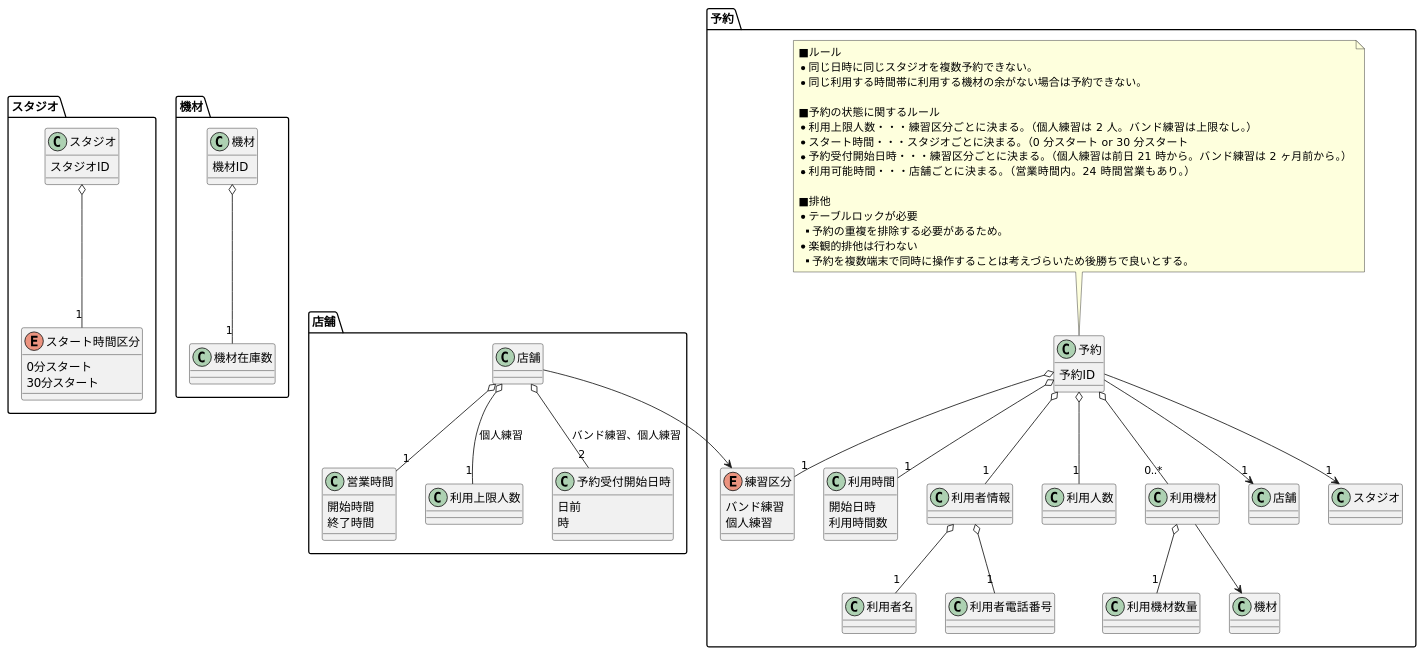
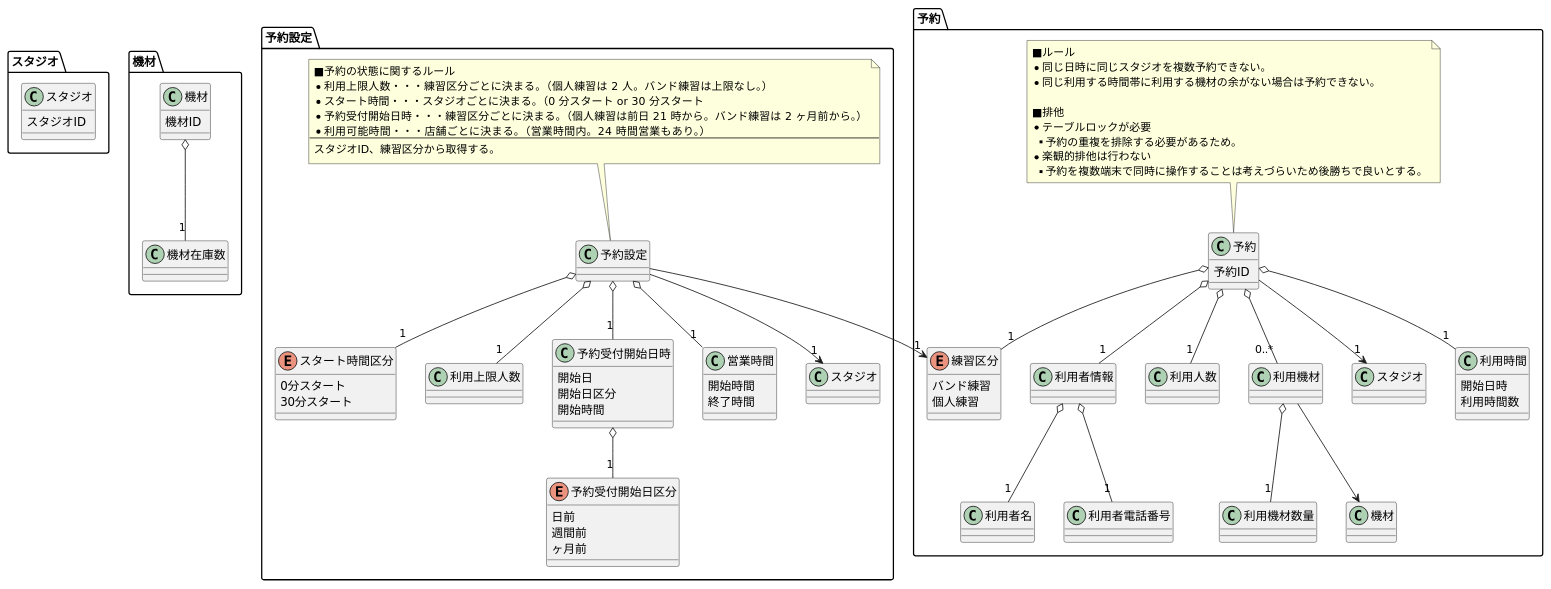
The diagram in modeling/07_DomainModel_予約.pu (TakashiOnawa/ddd-practice-studio-reservation), drawn with PlantUML before and after one commit. The commit also changed 48 other files, not shown here.

```diff
--- a/modeling/07_DomainModel_予約.pu
+++ b/modeling/07_DomainModel_予約.pu
@@ -1,102 +1,112 @@
 @startuml DomainModel
 
 package スタジオ {
     class スタジオ {
         スタジオID
     }
-
-    enum スタート時間区分 {
-        0分スタート
-        30分スタート
-    }
-
-    スタジオ o-- "1" スタート時間区分
 }
 
 package 機材 {
     class 機材 {
         機材ID
     }
 
     class 機材在庫数
 
     機材 o-- "1" 機材在庫数
 }
 
 package 予約 {
     class 予約 {
         予約ID
     }
 
     class 利用時間 {
         開始日時
         利用時間数
     }
 
     class 利用者情報
     class 利用者名
     class 利用者電話番号
     利用者情報 o-- "1" 利用者名
     利用者情報 o-- "1" 利用者電話番号
 
     class 利用人数
 
     enum 練習区分 {
         バンド練習
         個人練習
     }
 
     class 利用機材
     class 利用機材数量
     利用機材 --> 機材
     利用機材 o-- "1" 利用機材数量
 
-    予約 --> "1" 店舗
     予約 --> "1" スタジオ
     予約 o-- "1" 利用時間
     予約 o-- "1" 利用者情報
     予約 o-- "1" 利用人数
     予約 o-- "1" 練習区分
     予約 o-- "0..*" 利用機材
 
     note top of 予約
     ■ルール
     * 同じ日時に同じスタジオを複数予約できない。
     * 同じ利用する時間帯に利用する機材の余がない場合は予約できない。
 
-    ■予約の状態に関するルール
-    * 利用上限人数・・・練習区分ごとに決まる。（個人練習は 2 人。バンド練習は上限なし。）
-    * スタート時間・・・スタジオごとに決まる。（0 分スタート or 30 分スタート
-    * 予約受付開始日時・・・練習区分ごとに決まる。（個人練習は前日 21 時から。バンド練習は 2 ヶ月前から。）
-    * 利用可能時間・・・店舗ごとに決まる。（営業時間内。24 時間営業もあり。）  
-
     ■排他
     * テーブルロックが必要
     ** 予約の重複を排除する必要があるため。
     * 楽観的排他は行わない
     ** 予約を複数端末で同時に操作することは考えづらいため後勝ちで良いとする。
     end note
 }
 
-package 店舗 {
-    class 店舗 {
+package 予約設定 {
+    class 予約設定
+
+    enum スタート時間区分 {
+        0分スタート
+        30分スタート
     }
+
+    class 利用上限人数
+
+    class 予約受付開始日時 {
+        開始日
+        開始日区分
+        開始時間
+    }
+    enum 予約受付開始日区分 {
+        日前
+        週間前
+        ヶ月前
+    }
+    予約受付開始日時 o-- "1" 予約受付開始日区分
 
     class 営業時間 {
         開始時間
         終了時間
     }
-    
-    class 利用上限人数
-    class 予約受付開始日時 {
-        日前
-        時
-    }
 
-    店舗 o-- "1" 営業時間
-    店舗 o-- "2" 予約受付開始日時 : バンド練習、個人練習
-    店舗 o-- "1" 利用上限人数 : 個人練習
-    店舗 --> 練習区分
+    予約設定 --> "1" スタジオ
+    予約設定 --> "1" 練習区分
+    予約設定 o-- "1" スタート時間区分
+    予約設定 o-- "1" 利用上限人数
+    予約設定 o-- "1" 予約受付開始日時
+    予約設定 o-- "1" 営業時間
+
+    note top of 予約設定
+    ■予約の状態に関するルール
+    * 利用上限人数・・・練習区分ごとに決まる。（個人練習は 2 人。バンド練習は上限なし。）
+    * スタート時間・・・スタジオごとに決まる。（0 分スタート or 30 分スタート
+    * 予約受付開始日時・・・練習区分ごとに決まる。（個人練習は前日 21 時から。バンド練習は 2 ヶ月前から。）
+    * 利用可能時間・・・店舗ごとに決まる。（営業時間内。24 時間営業もあり。）
+    ---
+    スタジオID、練習区分から取得する。
+    end note
 }
 
 @enduml
```
